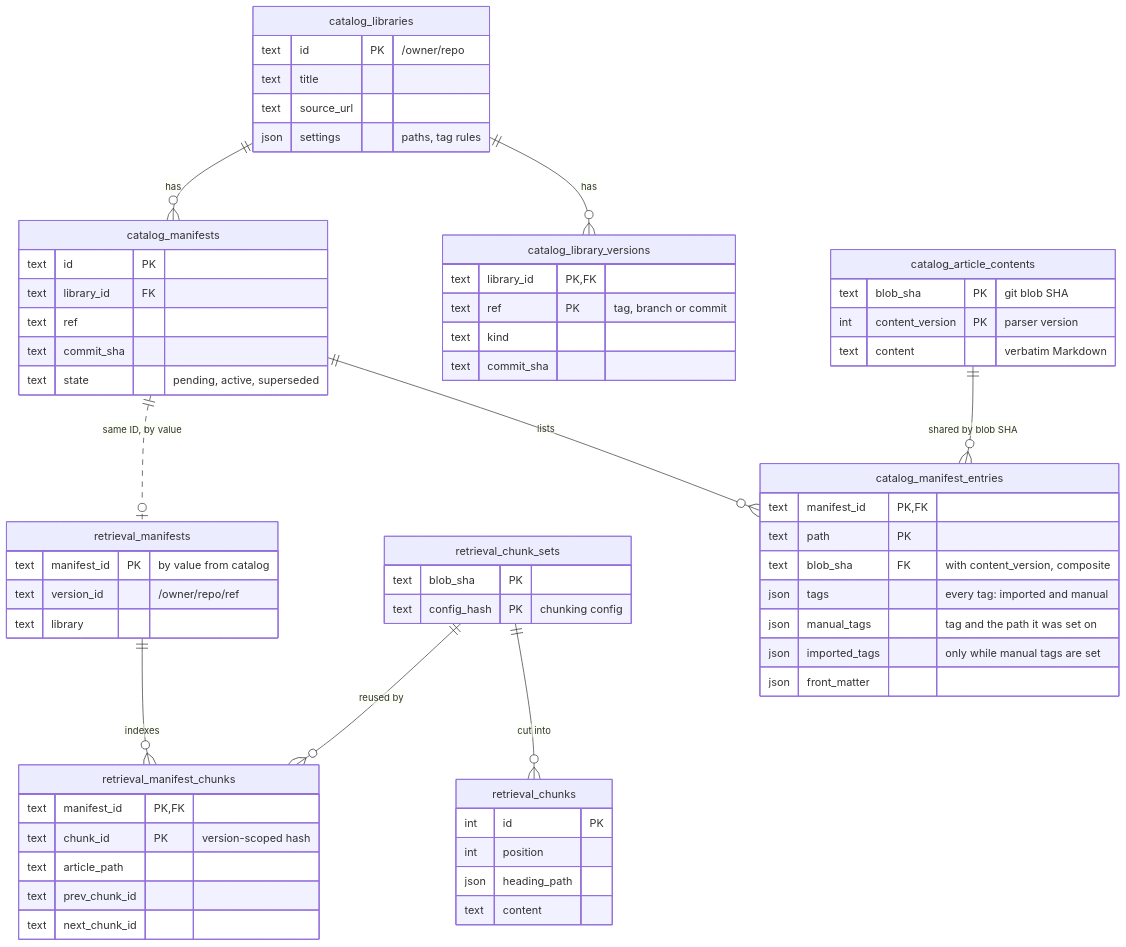
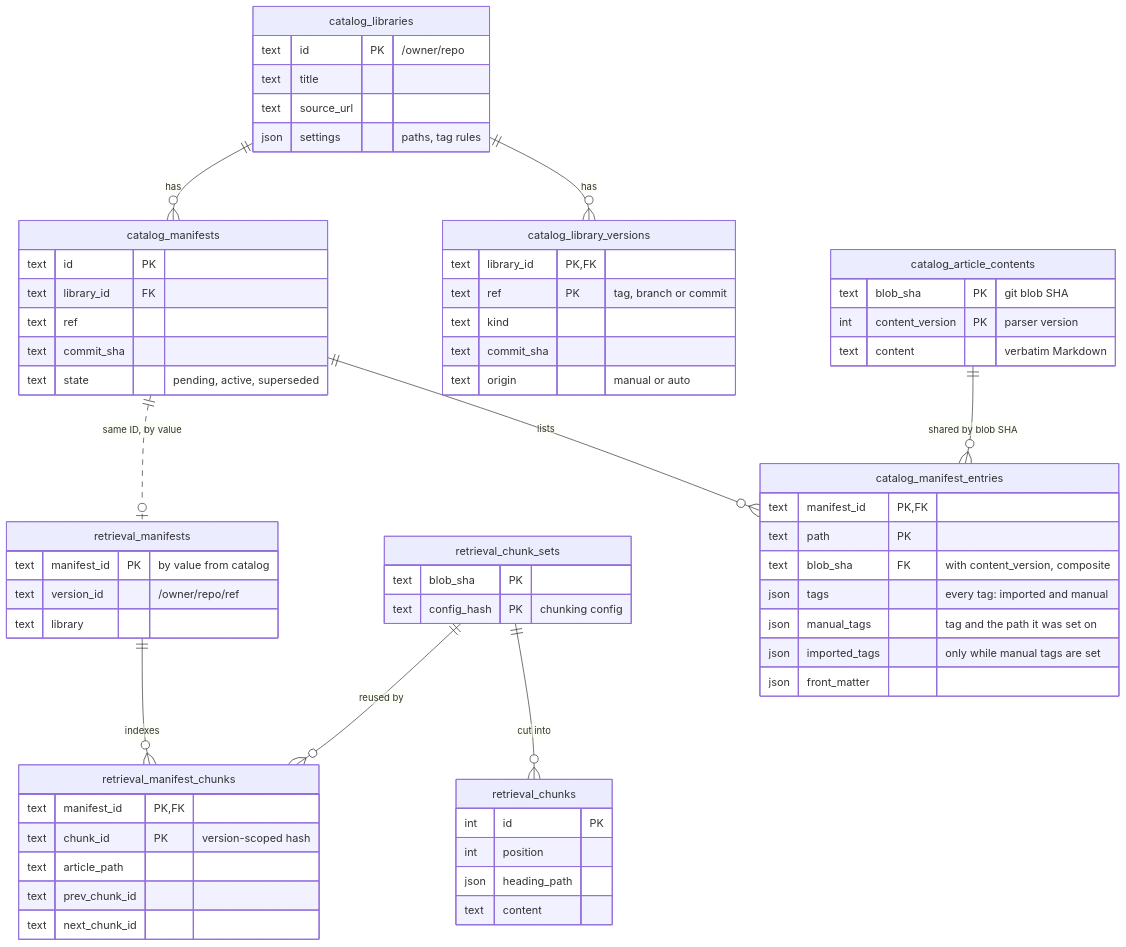
Before and after one commit to SirCypkowskyy/ExactDocs: the second of 5 diagrams in docs/architecture.md, drawn with Mermaid. The commit also changed other lines of this file and 39 other files, not shown here.

````diff
--- a/docs/architecture.md
+++ b/docs/architecture.md
@@ -214,70 +214,71 @@
 ```mermaid
 erDiagram
     catalog_libraries ||--o{ catalog_library_versions : "has"
     catalog_libraries ||--o{ catalog_manifests : "has"
     catalog_manifests ||--o{ catalog_manifest_entries : "lists"
     catalog_article_contents ||--o{ catalog_manifest_entries : "shared by blob SHA"
 
     catalog_libraries {
         text id PK "/owner/repo"
         text title
         text source_url
         json settings "paths, tag rules"
     }
     catalog_library_versions {
         text library_id PK, FK
         text ref PK "tag, branch or commit"
         text kind
         text commit_sha
+        text origin "manual or auto"
     }
     catalog_manifests {
         text id PK
         text library_id FK
         text ref
         text commit_sha
         text state "pending, active, superseded"
     }
     catalog_manifest_entries {
         text manifest_id PK, FK
         text path PK
         text blob_sha FK "with content_version, composite"
         json tags "every tag: imported and manual"
         json manual_tags "tag and the path it was set on"
         json imported_tags "only while manual tags are set"
         json front_matter
     }
     catalog_article_contents {
         text blob_sha PK "git blob SHA"
         int content_version PK "parser version"
         text content "verbatim Markdown"
     }
 
     retrieval_chunk_sets ||--o{ retrieval_chunks : "cut into"
     retrieval_chunk_sets ||--o{ retrieval_manifest_chunks : "reused by"
     retrieval_manifests ||--o{ retrieval_manifest_chunks : "indexes"
 
     retrieval_chunk_sets {
         text blob_sha PK
         text config_hash PK "chunking config"
     }
     retrieval_chunks {
         int id PK
         int position
         json heading_path
         text content
     }
     retrieval_manifests {
         text manifest_id PK "by value from catalog"
         text version_id "/owner/repo/ref"
         text library
     }
     retrieval_manifest_chunks {
         text manifest_id PK, FK
         text chunk_id PK "version-scoped hash"
         text article_path
         text prev_chunk_id
         text next_chunk_id
     }
 
     catalog_manifests ||..o| retrieval_manifests : "same ID, by value"
 ```
````
